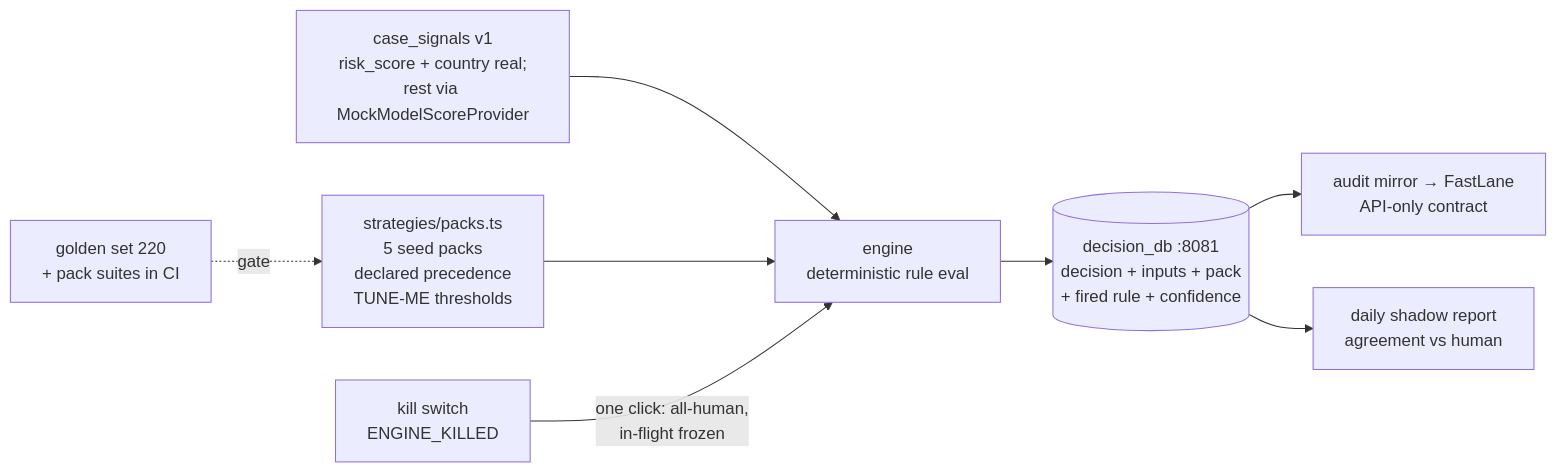
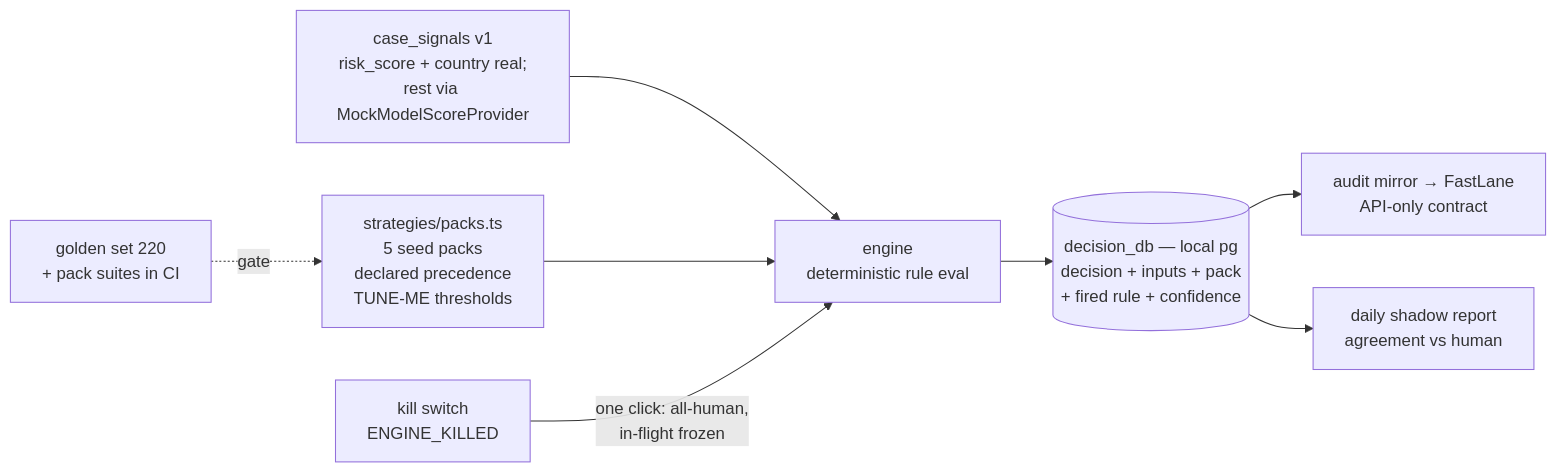
The fourth of 5 diagrams in internal-apps/README.md (Kashyapa13/devin-projects), drawn with Mermaid before and after one commit. The commit also changed other lines of this file and 10 other files, not shown here.

````diff
--- a/internal-apps/README.md
+++ b/internal-apps/README.md
@@ -83,10 +83,10 @@
 ```mermaid
 flowchart LR
     SIG[case_signals v1<br/>risk_score + country real;<br/>rest via MockModelScoreProvider] --> E[engine<br/>deterministic rule eval]
     P[strategies/packs.ts<br/>5 seed packs<br/>declared precedence<br/>TUNE-ME thresholds] --> E
-    E --> D[(decision_db :8081<br/>decision + inputs + pack<br/>+ fired rule + confidence)]
+    E --> D[(decision_db — local pg<br/>decision + inputs + pack<br/>+ fired rule + confidence)]
     D --> M[audit mirror → FastLane<br/>API-only contract]
     D --> R[daily shadow report<br/>agreement vs human]
     K[kill switch<br/>ENGINE_KILLED] -->|one click: all-human,<br/>in-flight frozen| E
     G[golden set 220<br/>+ pack suites in CI] -. gate .-> P
 ```
````
